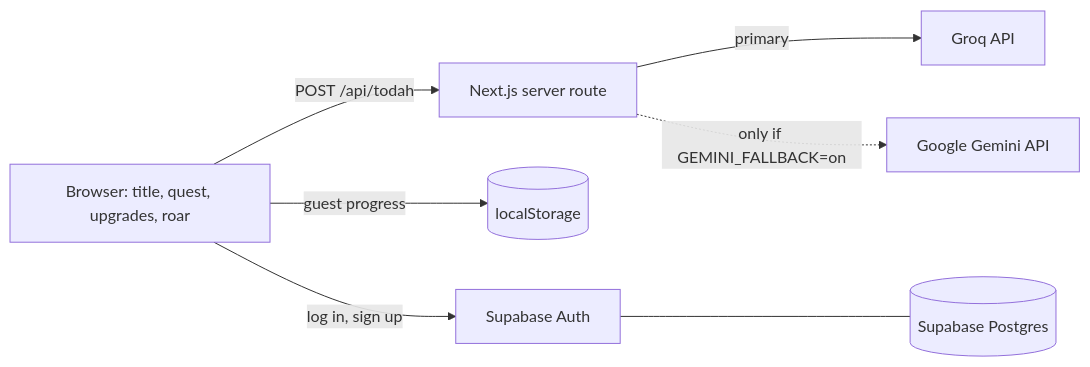
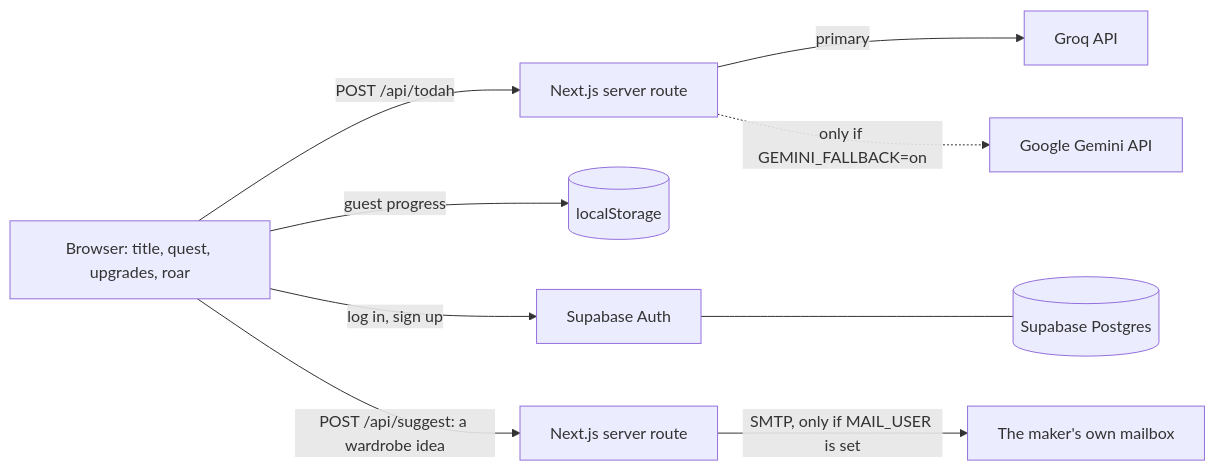
The first of 3 diagrams in docs/architecture/overview.md (cohortjuan/rwr), drawn with Mermaid before and after one commit. The commit also changed other lines of this file and 59 other files, not shown here.

````diff
--- a/docs/architecture/overview.md
+++ b/docs/architecture/overview.md
@@ -5,9 +5,11 @@
 ```mermaid
 flowchart LR
   Browser[Browser: title, quest, upgrades, roar] -->|POST /api/todah| Route[Next.js server route]
   Route -->|primary| Groq[Groq API]
   Route -.->|only if GEMINI_FALLBACK=on| Gemini[Google Gemini API]
   Browser -->|guest progress| LocalStorage[(localStorage)]
   Browser -->|log in, sign up| SupabaseAuth[Supabase Auth]
   SupabaseAuth --- Postgres[(Supabase Postgres)]
+  Browser -->|POST /api/suggest: a wardrobe idea| Suggest[Next.js server route]
+  Suggest -->|SMTP, only if MAIL_USER is set| Mailbox[The maker's own mailbox]
 ```
````
